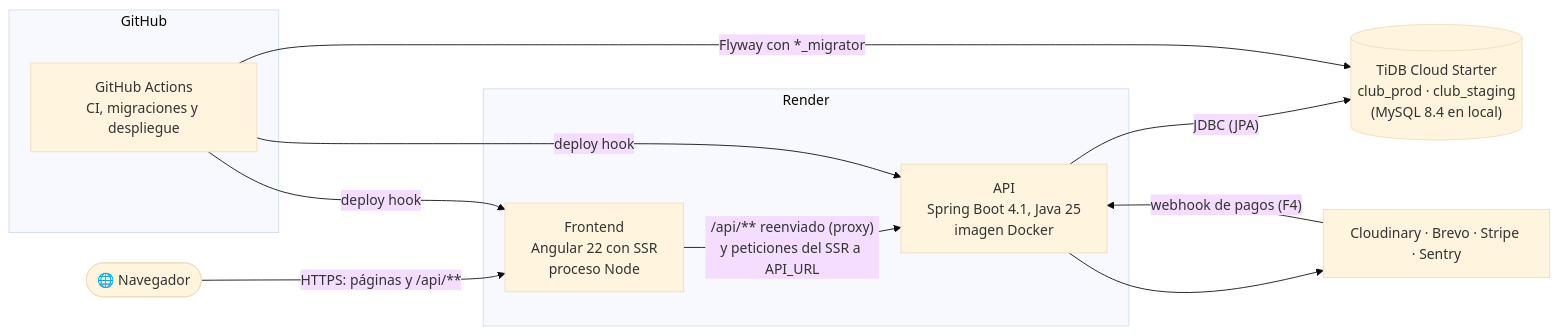
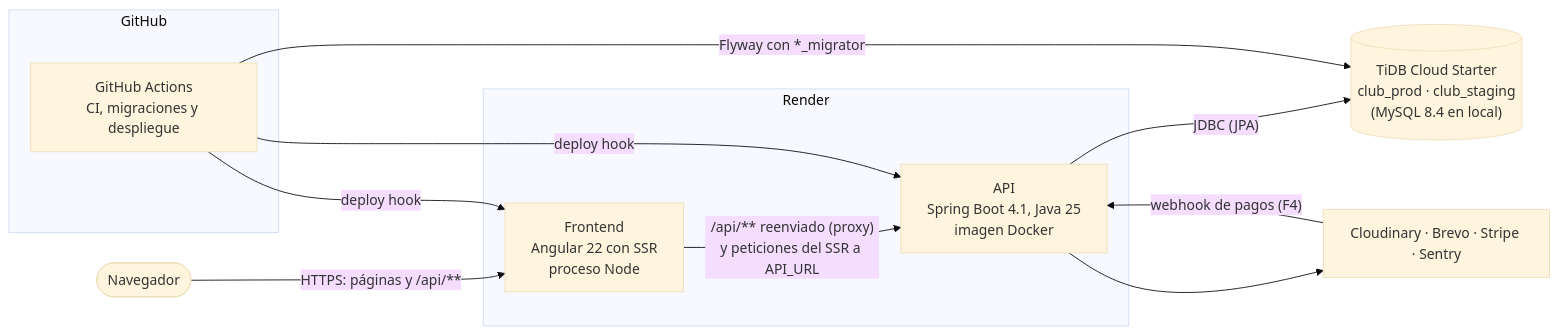
The second of 4 diagrams in docs/03-arquitectura/arquitectura.md (RodrigoSanmartinAlaejos/los-chicharros-vc), drawn with Mermaid (base theme) before and after one commit. The commit also changed other lines of this file and 9 other files, not shown here.

Commit message:
docs(diagrams): add phase 1 sequence and state diagrams (#79)

````diff
--- a/docs/03-arquitectura/arquitectura.md
+++ b/docs/03-arquitectura/arquitectura.md
@@ -37,20 +37,20 @@
 ```mermaid
 flowchart LR
-    B(["🌐 Navegador"])
+    B(["Navegador"])
     subgraph Render
         FE["Frontend<br/>Angular 22 con SSR<br/>proceso Node"]
         API["API<br/>Spring Boot 4.1, Java 25<br/>imagen Docker"]
     end
     DB[("TiDB Cloud Starter<br/>club_prod · club_staging<br/>(MySQL 8.4 en local)")]
     subgraph GitHub
         GA["GitHub Actions<br/>CI, migraciones y despliegue"]
     end
     EXT["Cloudinary · Brevo · Stripe · Sentry"]
     B -->|"HTTPS: páginas y /api/**"| FE
     FE -->|"/api/** reenviado (proxy)<br/>y peticiones del SSR a API_URL"| API
     API -->|"JDBC (JPA)"| DB
     API --> EXT
     EXT -->|"webhook de pagos (F4)"| API
     GA -->|"Flyway con *_migrator"| DB
     GA -->|"deploy hook"| FE & API
 ```
````
